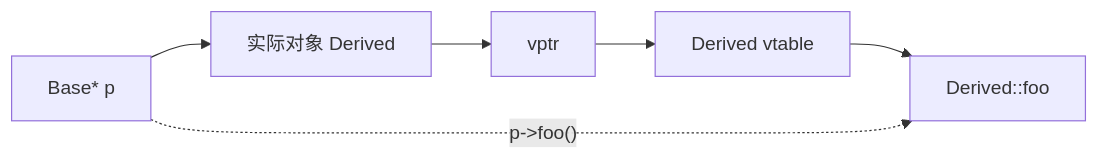
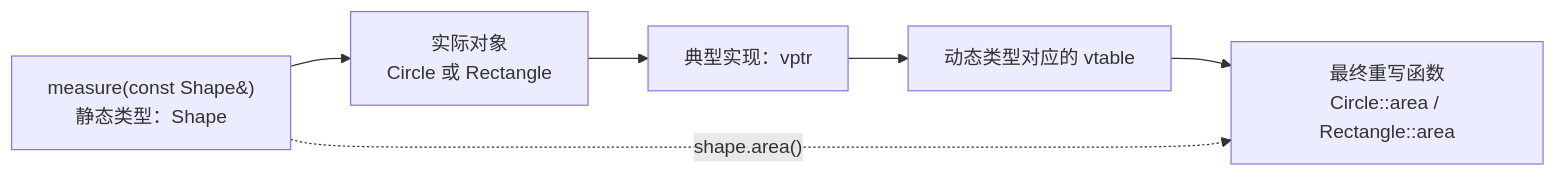
One commit to Fizgrad/fizgrad.github.io changed the seventh of 26 diagrams in blog/cpp_review.md. Above: the diagram before and after it, drawn with Mermaid. The commit also changed other lines of this file and 27 other files, not shown here.

````diff
--- a/blog/cpp_review.md
+++ b/blog/cpp_review.md
@@ -2080,8 +2135,8 @@
 ```mermaid
 flowchart LR
-    P["Base* p"] --> O["实际对象 Derived"]
-    O --> V["vptr"]
-    V --> T["Derived vtable"]
-    T --> F["Derived::foo"]
-    P -. "p->foo()" .-> F
+    CALL["measure(const Shape&)<br/>静态类型：Shape"] --> OBJECT["实际对象<br/>Circle 或 Rectangle"]
+    OBJECT --> VPTR["典型实现：vptr"]
+    VPTR --> VTABLE["动态类型对应的 vtable"]
+    VTABLE --> FINAL["最终重写函数<br/>Circle::area / Rectangle::area"]
+    CALL -. "shape.area()" .-> FINAL
 ```
````
